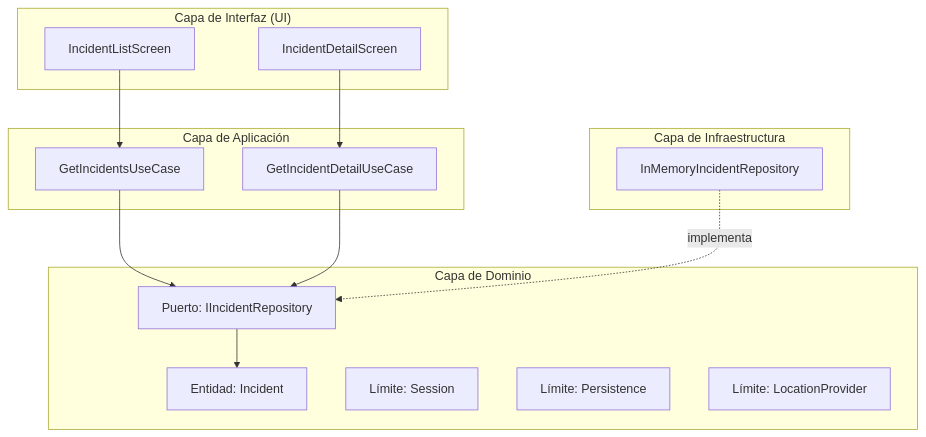
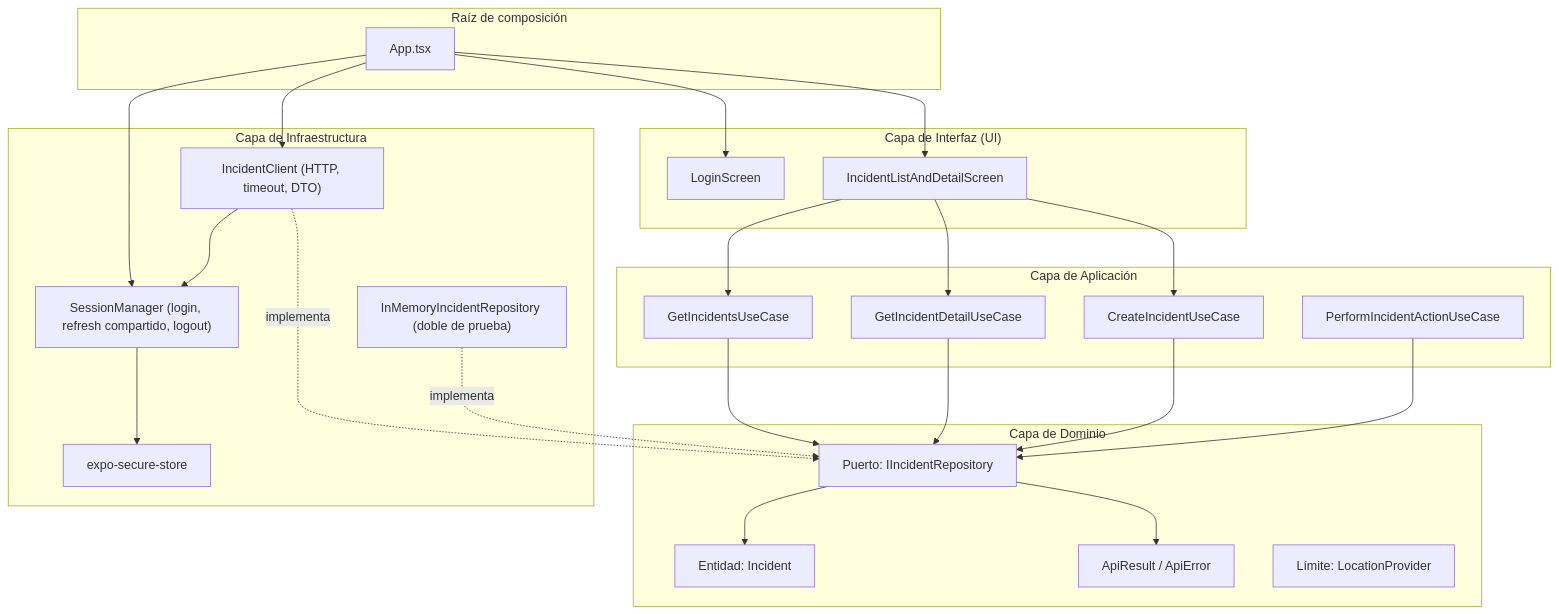
The diagram in docs/architecture.mmd (BAM-JI/campusops), drawn with Mermaid before and after one commit. The commit also changed 25 other files, not shown here.

First line of the commit message:
feat(client): cliente de incidencias tipado y sesion segura con refresh compartido

```diff
--- a/docs/architecture.mmd
+++ b/docs/architecture.mmd
@@ -1,29 +1,48 @@
 graph TD
     subgraph UI["Capa de Interfaz (UI)"]
-        IncidentListScreen["IncidentListScreen"]
-        IncidentDetailScreen["IncidentDetailScreen"]
+        LoginScreen["LoginScreen"]
+        IncidentScreen["IncidentListAndDetailScreen"]
+    end
+
+    subgraph Composition["Raíz de composición"]
+        App["App.tsx"]
     end
 
     subgraph Application["Capa de Aplicación"]
         GetIncidentsUseCase["GetIncidentsUseCase"]
         GetIncidentDetailUseCase["GetIncidentDetailUseCase"]
+        CreateIncidentUseCase["CreateIncidentUseCase"]
+        PerformIncidentActionUseCase["PerformIncidentActionUseCase"]
     end
 
     subgraph Domain["Capa de Dominio"]
         Incident["Entidad: Incident"]
         IIncidentRepository["Puerto: IIncidentRepository"]
-        SessionBoundary["Límite: Session"]
-        PersistenceBoundary["Límite: Persistence"]
+        ApiResult["ApiResult / ApiError"]
         LocationBoundary["Límite: LocationProvider"]
     end
 
     subgraph Infrastructure["Capa de Infraestructura"]
-        InMemoryIncidentRepo["InMemoryIncidentRepository"]
+        IncidentClient["IncidentClient (HTTP, timeout, DTO)"]
+        SessionManager["SessionManager (login, refresh compartido, logout)"]
+        SecureStore["expo-secure-store"]
+        InMemoryIncidentRepo["InMemoryIncidentRepository (doble de prueba)"]
     end
 
-    IncidentListScreen --> GetIncidentsUseCase
-    IncidentDetailScreen --> GetIncidentDetailUseCase
+    App --> LoginScreen
+    App --> IncidentScreen
+    App --> SessionManager
+    App --> IncidentClient
+    IncidentScreen --> GetIncidentsUseCase
+    IncidentScreen --> GetIncidentDetailUseCase
+    IncidentScreen --> CreateIncidentUseCase
     GetIncidentsUseCase --> IIncidentRepository
     GetIncidentDetailUseCase --> IIncidentRepository
+    CreateIncidentUseCase --> IIncidentRepository
+    PerformIncidentActionUseCase --> IIncidentRepository
     IIncidentRepository --> Incident
+    IIncidentRepository --> ApiResult
+    IncidentClient -.->|implementa| IIncidentRepository
     InMemoryIncidentRepo -.->|implementa| IIncidentRepository
+    IncidentClient --> SessionManager
+    SessionManager --> SecureStore
```
